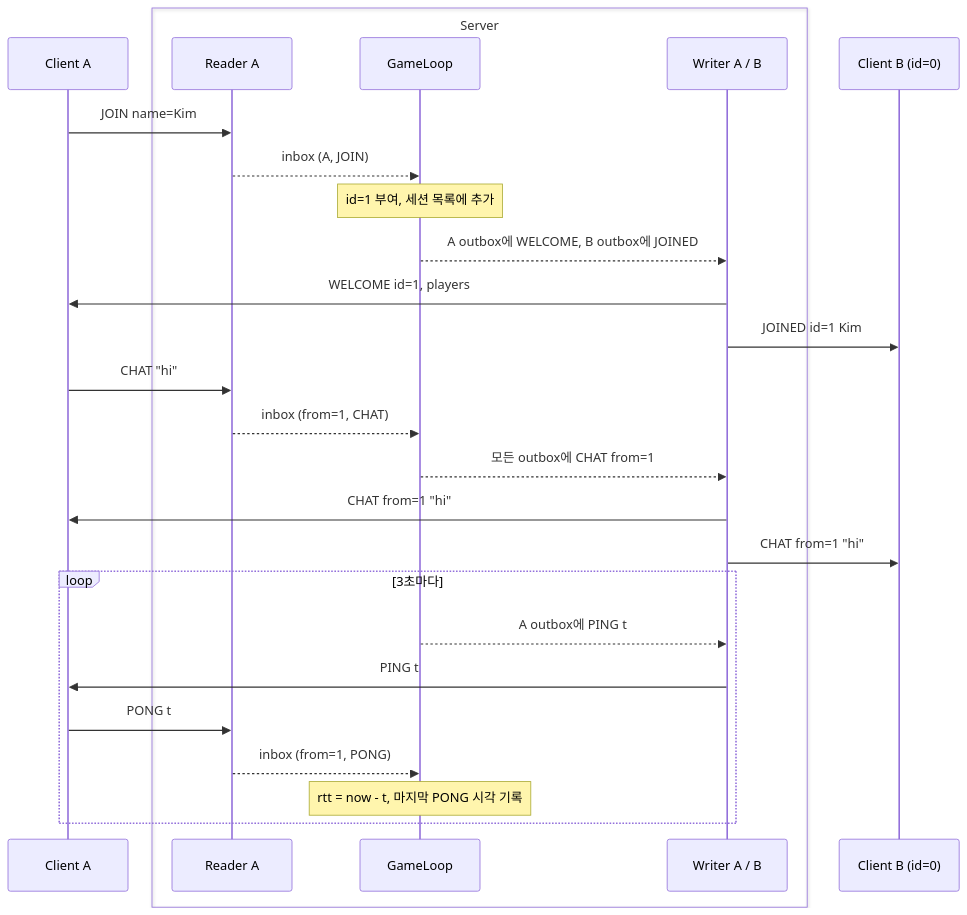
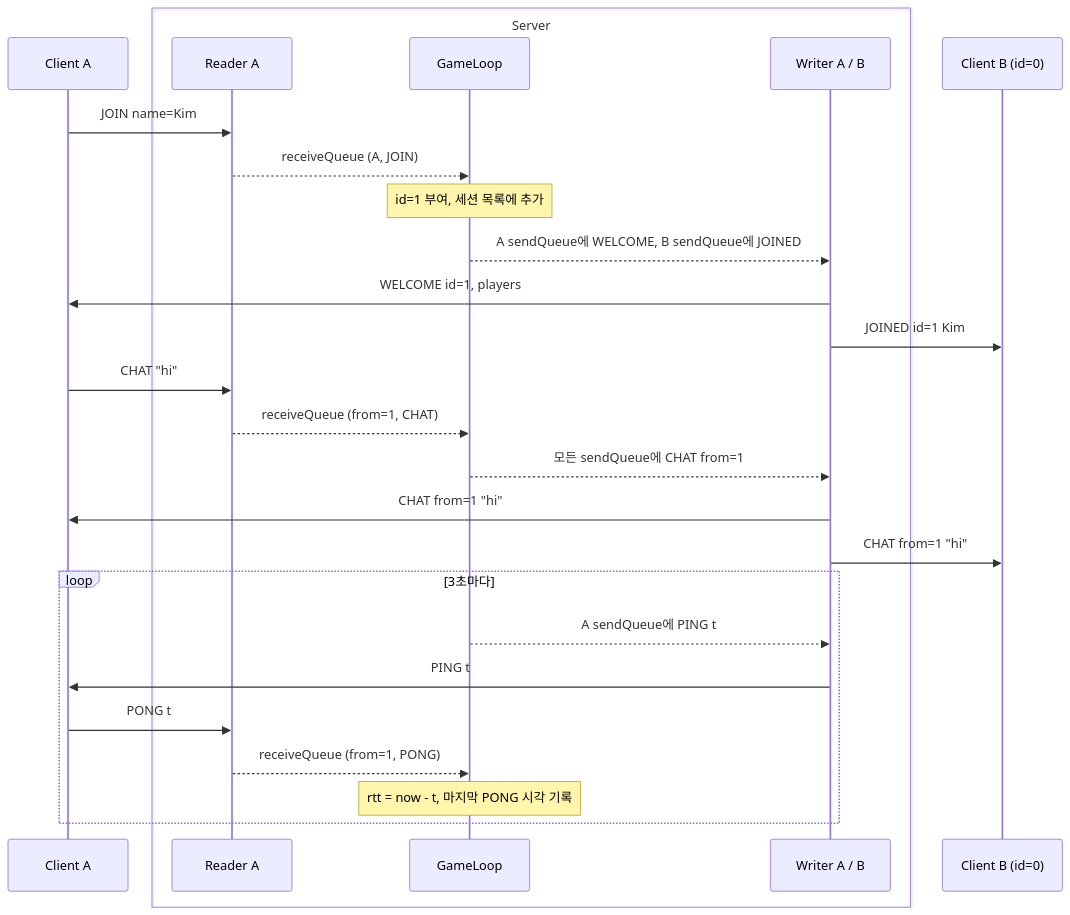
Before and after one commit to networkMinigame/minigame: the first of 2 diagrams in docs/thread-diagram/v1/protocol.md, drawn with Mermaid. The commit also changed other lines of this file and 9 other files, not shown here.

````diff
--- a/docs/thread-diagram/v1/protocol.md
+++ b/docs/thread-diagram/v1/protocol.md
@@ -10,31 +10,31 @@
 ```mermaid
 sequenceDiagram
     participant A as Client A
     box Server
         participant RA as Reader A
         participant GL as GameLoop
         participant SQ as Writer A / B
     end
     participant B as Client B (id=0)
 
     A->>RA: JOIN name=Kim
-    RA-->>GL: inbox (A, JOIN)
+    RA-->>GL: receiveQueue (A, JOIN)
     Note over GL: id=1 부여, 세션 목록에 추가
-    GL-->>SQ: A outbox에 WELCOME, B outbox에 JOINED
+    GL-->>SQ: A sendQueue에 WELCOME, B sendQueue에 JOINED
     SQ->>A: WELCOME id=1, players
     SQ->>B: JOINED id=1 Kim
 
     A->>RA: CHAT "hi"
-    RA-->>GL: inbox (from=1, CHAT)
-    GL-->>SQ: 모든 outbox에 CHAT from=1
+    RA-->>GL: receiveQueue (from=1, CHAT)
+    GL-->>SQ: 모든 sendQueue에 CHAT from=1
     SQ->>A: CHAT from=1 "hi"
     SQ->>B: CHAT from=1 "hi"
 
     loop 3초마다
-        GL-->>SQ: A outbox에 PING t
+        GL-->>SQ: A sendQueue에 PING t
         SQ->>A: PING t
         A->>RA: PONG t
-        RA-->>GL: inbox (from=1, PONG)
+        RA-->>GL: receiveQueue (from=1, PONG)
         Note over GL: rtt = now - t, 마지막 PONG 시각 기록
     end
 ```
````
